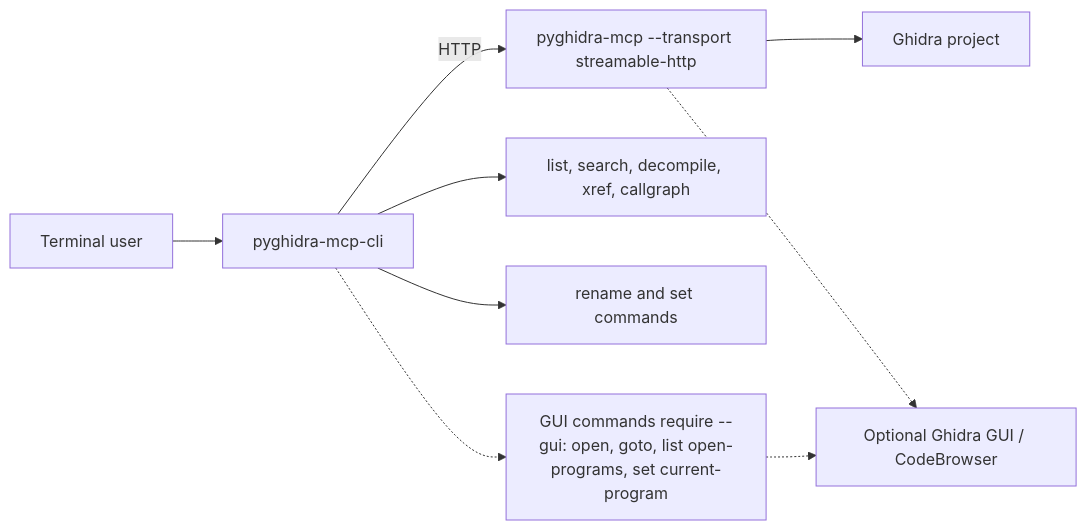
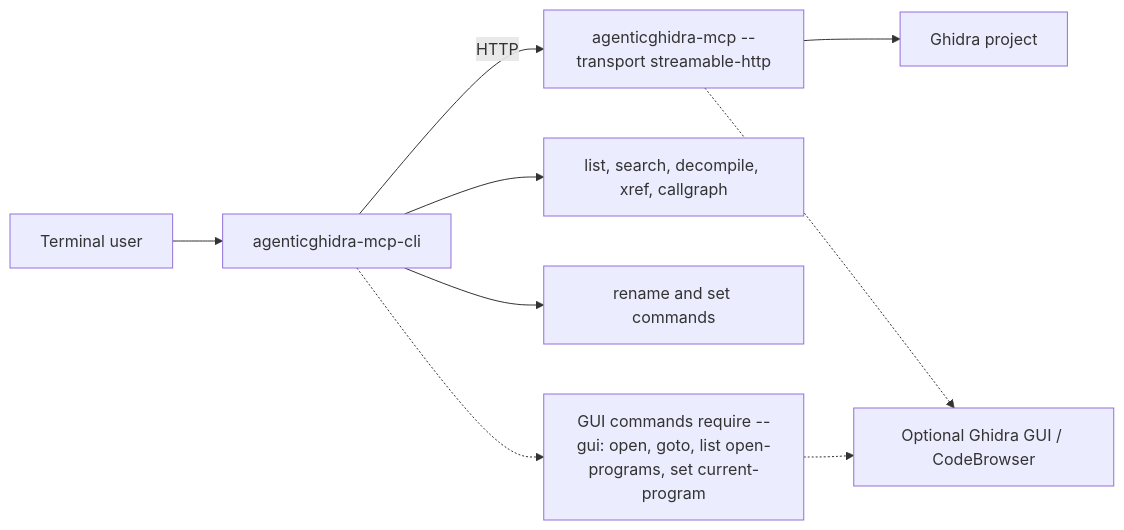
The diagram in cli/README.md (carlosadrianosj/agentic-ghidra), drawn with Mermaid before and after one commit. The commit also changed other lines of this file and 177 other files, not shown here.

First line of the commit message:
Release 2.0.0: rename package to agenticghidra_mcp

````diff
--- a/cli/README.md
+++ b/cli/README.md
@@ -38,11 +38,11 @@
 ```mermaid
 flowchart LR
-    User["Terminal user"] --> CLI["pyghidra-mcp-cli"]
-    CLI -->|"HTTP"| Server["pyghidra-mcp --transport streamable-http"]
+    User["Terminal user"] --> CLI["agenticghidra-mcp-cli"]
+    CLI -->|"HTTP"| Server["agenticghidra-mcp --transport streamable-http"]
     Server --> Project["Ghidra project"]
     CLI --> Common["list, search, decompile, xref, callgraph"]
     CLI --> Edits["rename and set commands"]
     CLI -.-> Gui["GUI commands require --gui: open, goto, list open-programs, set current-program"]
     Server -.-> Ghidra["Optional Ghidra GUI / CodeBrowser"]
     Gui -.-> Ghidra
 ```
````
